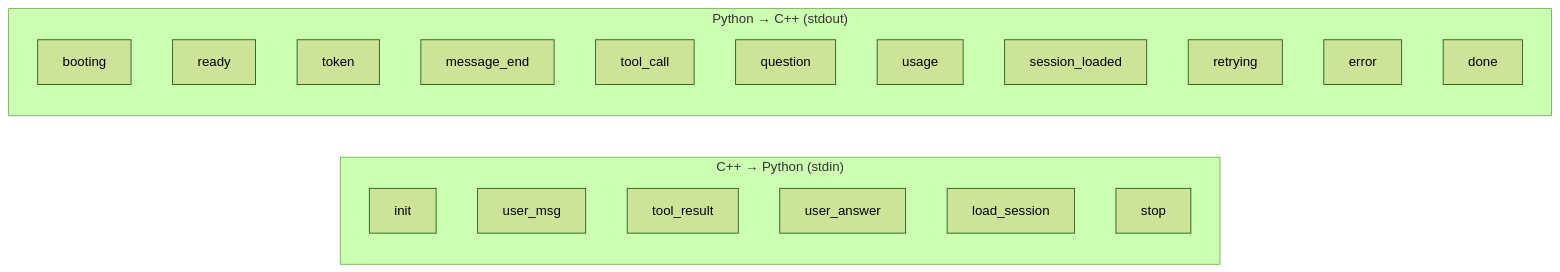
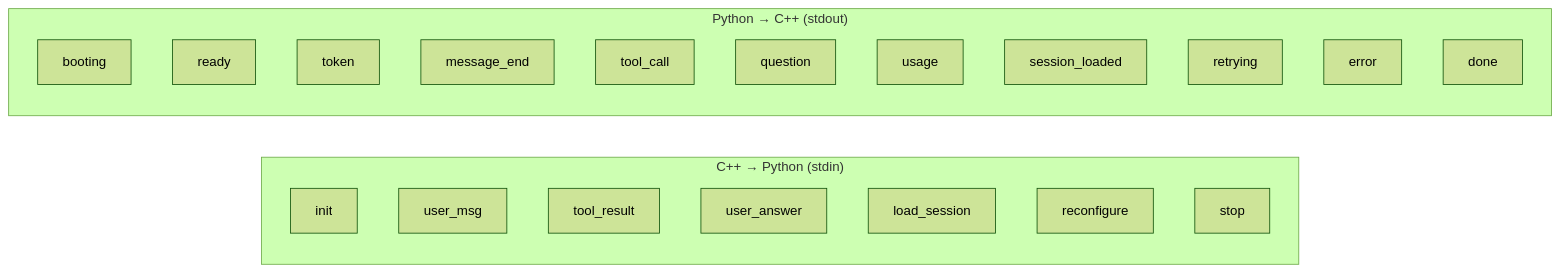
Before and after one commit to czyt1988/data-workbench: the first of 6 diagrams in docs/zh/dev-guide/agent/protocol.md, drawn with Mermaid (forest theme). The commit also changed other lines of this file and 69 other files, not shown here.

````diff
--- a/docs/zh/dev-guide/agent/protocol.md
+++ b/docs/zh/dev-guide/agent/protocol.md
@@ -9,25 +9,26 @@
 ```mermaid
 graph LR
     subgraph "C++ → Python (stdin)"
         INIT["init"]
         USER["user_msg"]
         TOOL_R["tool_result"]
         ANSWER["user_answer"]
         LOAD["load_session"]
+        RECONF["reconfigure"]
         STOP["stop"]
     end
 
     subgraph "Python → C++ (stdout)"
         BOOT["booting"]
         READY["ready"]
         TOKEN["token"]
         MSG_END["message_end"]
         TOOL_C["tool_call"]
         QUESTION["question"]
         USAGE["usage"]
         SESSION_L["session_loaded"]
         RETRY["retrying"]
         ERROR["error"]
         DONE["done"]
     end
 ```
````
